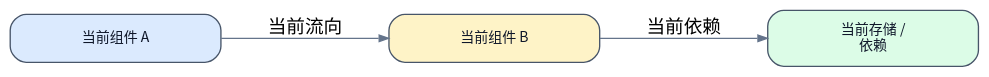
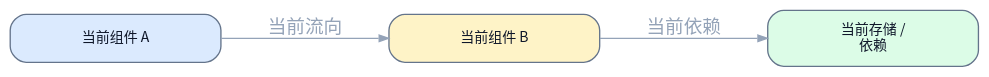
Before and after one commit to terencefan/inority-workspace: the first of 3 diagrams in skills/runbook/references/authority-runbook-template.md, drawn with Graphviz. The commit also changed other lines of this file and 28 other files, not shown here.

````diff
--- a/skills/runbook/references/authority-runbook-template.md
+++ b/skills/runbook/references/authority-runbook-template.md
@@ -19,14 +19,14 @@
 ```dot
 digraph current {
   graph [rankdir=LR, bgcolor="transparent", pad="0.45", nodesep="0.7", ranksep="0.95", fontname="Noto Sans CJK SC"];
-  node [shape=box, style="rounded,filled", margin="0.18,0.12", width="2.2", fontname="Noto Sans CJK SC", fontsize=10.5, color="#475569", fontcolor="#0f172a"];
-  edge [color="#64748b", arrowsize="0.7"];
+  node [shape=box, style="rounded,filled", margin="0.18,0.12", width="2.2", fontname="Noto Sans CJK SC", fontsize=10.5, color="#64748b", fontcolor="#0f172a", fillcolor="#f8fafc"];
+  edge [fontname="Noto Sans CJK SC", color="#94a3b8", fontcolor="#94a3b8", arrowsize="0.7"];
 
   node_a [label="当前组件 A", fillcolor="#dbeafe"];
   node_b [label="当前组件 B", fillcolor="#fef3c7"];
   node_c [label="当前存储 /\n依赖", fillcolor="#dcfce7"];
 
   node_a -> node_b [label="当前流向"];
   node_b -> node_c [label="当前依赖"];
 }
 ```
````
